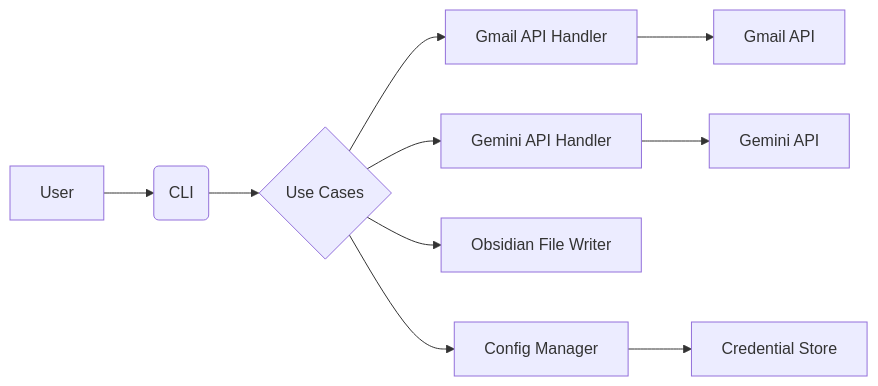
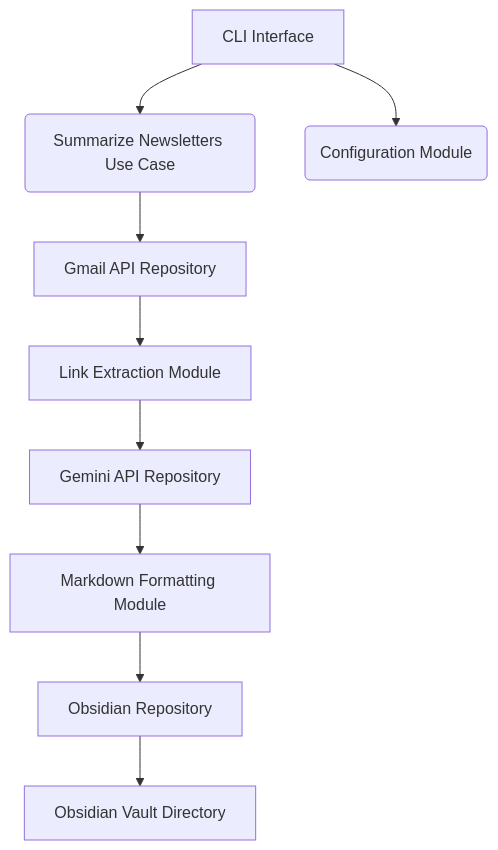
Before and after one commit to eugenesinamban/Summarizer: the diagram in Summarizer DD.md, drawn with Mermaid. The commit also changed other lines of this file, not shown here.

````diff
--- a/Summarizer DD.md
+++ b/Summarizer DD.md
@@ -21,12 +28,11 @@
 ```mermaid
-graph LR
-    A[User] --> B(CLI);
-    B --> C{Use Cases};
-    C --> D[Gmail API Handler];
-    C --> E[Gemini API Handler];
-    C --> F[Obsidian File Writer];
-    C --> G[Config Manager];
-    D --> H[Gmail API];
-    E --> I[Gemini API];
-    G --> J[Credential Store];
+graph TD
+    A[CLI Interface] --> B(Summarize Newsletters Use Case);
+    B --> C[Gmail API Repository];
+    C --> D[Link Extraction Module];
+    D --> E[Gemini API Repository];
+    E --> F[Markdown Formatting Module];
+    F --> G[Obsidian Repository];
+    G --> H[Obsidian Vault Directory];
+    A --> I(Configuration Module);
 ```
````
